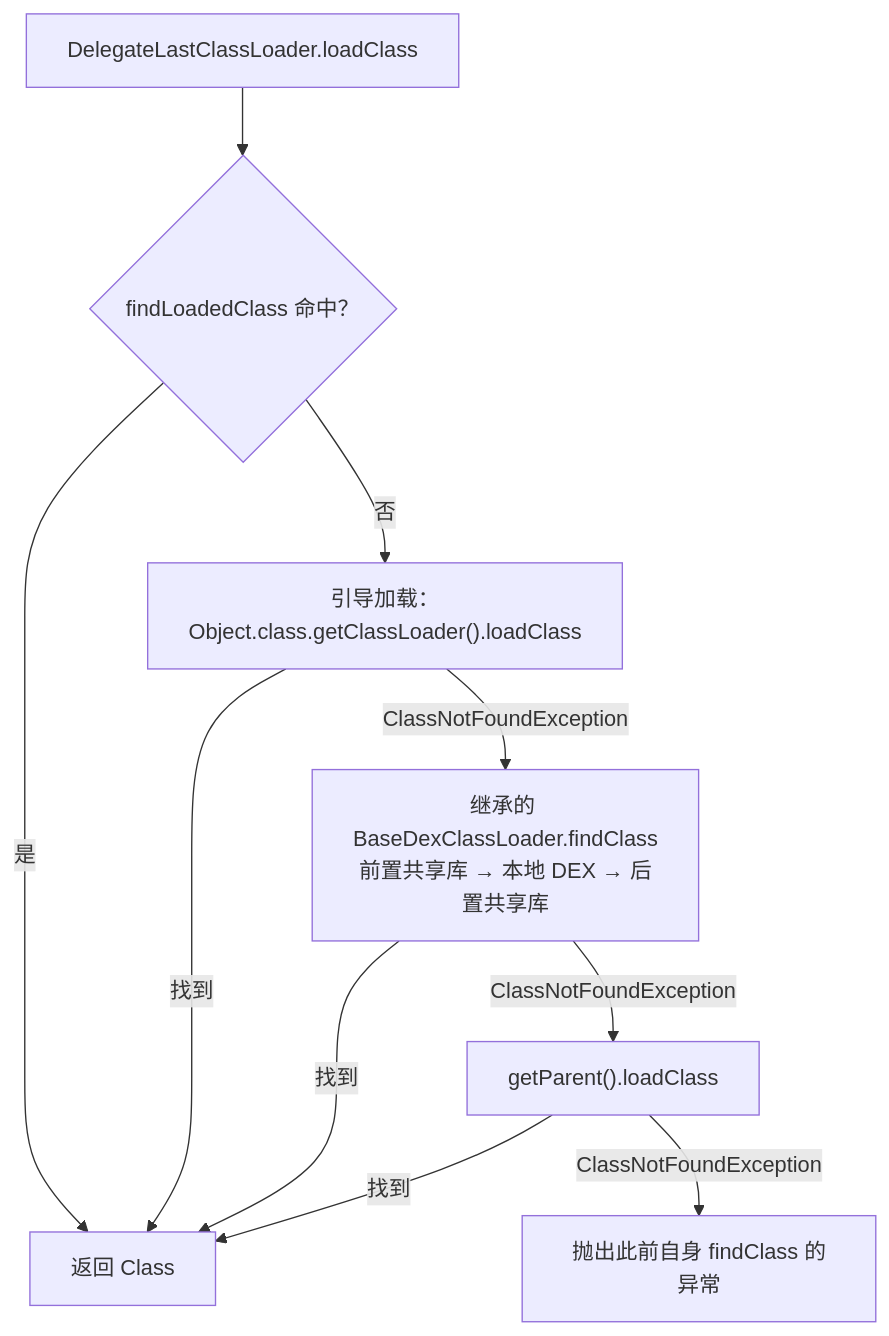
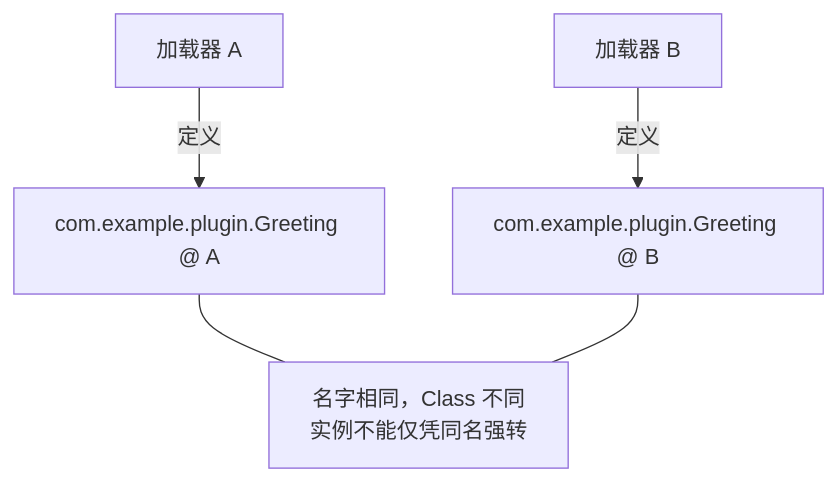
One commit to SunnyLy/SunnyLy.github.io changed the seventh of 9 diagrams in docs/android/basics/class-loading.md. Above: the diagram before and after it, drawn with Mermaid. The commit also changed other lines of this file and 2 other files, not shown here.

First line of the commit message:
docs(android): clarify class loading with layered diagrams

````diff
--- a/docs/android/basics/class-loading.md
+++ b/docs/android/basics/class-loading.md
@@ -172,12 +305,7 @@
 ```mermaid
 flowchart TB
-  Start["DelegateLastClassLoader.loadClass"] --> Loaded{"findLoadedClass 命中？"}
-  Loaded -->|是| Return["返回 Class"]
-  Loaded -->|否| Boot["引导加载：Object.class.getClassLoader().loadClass"]
-  Boot -->|找到| Return
-  Boot -->|ClassNotFoundException| Own["继承的 BaseDexClassLoader.findClass<br/>前置共享库 → 本地 DEX → 后置共享库"]
-  Own -->|找到| Return
-  Own -->|ClassNotFoundException| Parent["getParent().loadClass"]
-  Parent -->|找到| Return
-  Parent -->|ClassNotFoundException| Error["抛出此前自身 findClass 的异常"]
+  L1["加载器 A"] -->|定义| C1["com.example.plugin.Greeting @ A"]
+  L2["加载器 B"] -->|定义| C2["com.example.plugin.Greeting @ B"]
+  C1 --- Different["名字相同，Class 不同<br/>实例不能仅凭同名强转"]
+  C2 --- Different
 ```
````
